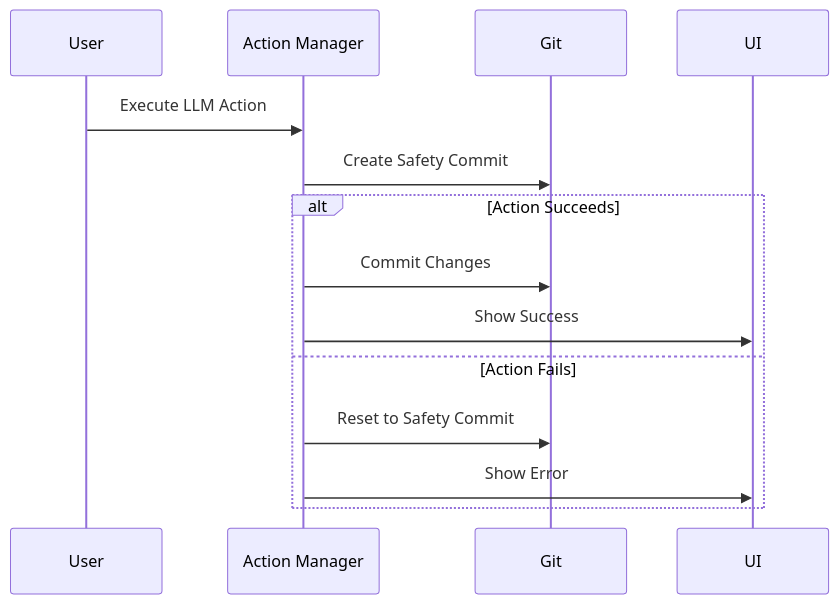
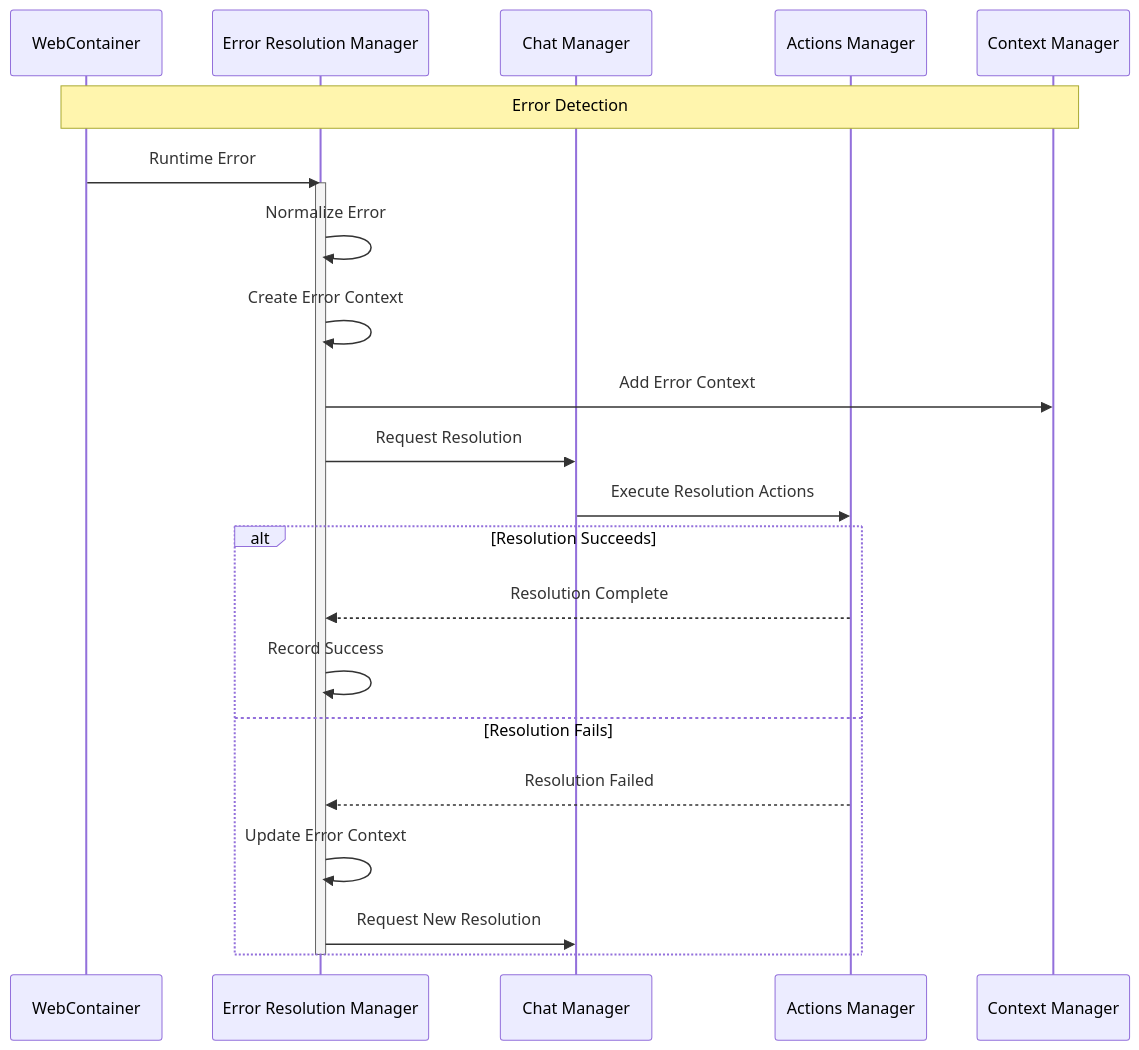
Diagram 16 of 17 in architecture.md (mrsimpson/piddie), drawn with Mermaid before and after one commit. The commit also changed other lines of this file and 1 other file, not shown here.

Commit message:
Add error resolution to high level architecture

````diff
--- a/architecture.md
+++ b/architecture.md
@@ -1457,18 +1468,30 @@
 ```mermaid
 sequenceDiagram
-    participant User
-    participant AM as Action Manager
-    participant Git
-    participant UI
+    participant WC as WebContainer
+    participant ERM as Error Resolution Manager
+    participant CHM as Chat Manager
+    participant AM as Actions Manager
+    participant CM as Context Manager
 
-    User->>AM: Execute LLM Action
-    AM->>Git: Create Safety Commit
+    Note over WC,CM: Error Detection
+    WC->>ERM: Runtime Error
+    activate ERM
+    ERM->>ERM: Normalize Error
+    ERM->>ERM: Create Error Context
     
-    alt Action Succeeds
-        AM->>Git: Commit Changes
-        AM->>UI: Show Success
-    else Action Fails
-        AM->>Git: Reset to Safety Commit
-        AM->>UI: Show Error
+    ERM->>CM: Add Error Context
+    ERM->>CHM: Request Resolution
+    
+    CHM->>AM: Execute Resolution Actions
+    
+    alt Resolution Succeeds
+        AM-->>ERM: Resolution Complete
+        ERM->>ERM: Record Success
+    else Resolution Fails
+        AM-->>ERM: Resolution Failed
+        ERM->>ERM: Update Error Context
+        ERM->>CHM: Request New Resolution
     end
+    
+    deactivate ERM
 ```
````
